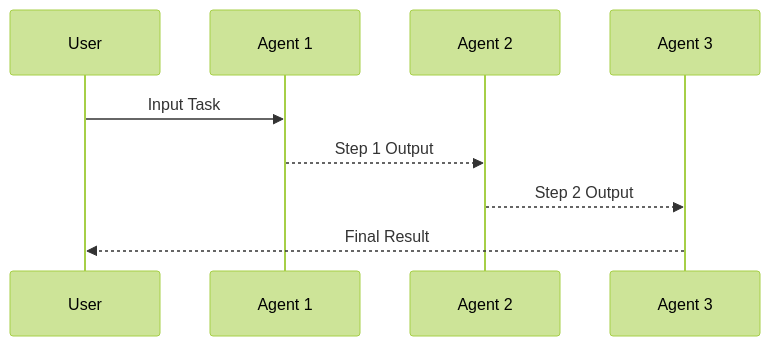
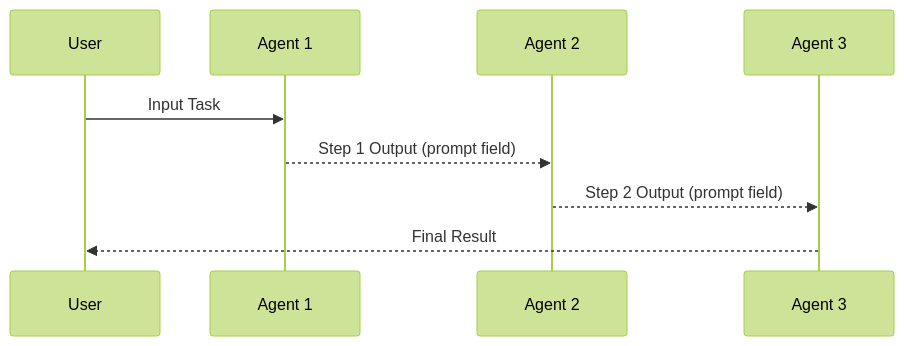
Before and after one commit to mule-ai/muleai.io: the second of 2 diagrams in content/docs/Advanced/multi-agent.md, drawn with Mermaid (forest theme). The commit also changed other lines of this file and 775 other files, not shown here.

````diff
--- a/content/docs/Advanced/multi-agent.md
+++ b/content/docs/Advanced/multi-agent.md
@@ -339,12 +291,12 @@
 ```mermaid
 sequenceDiagram
     participant User
     participant A1 as Agent 1
     participant A2 as Agent 2
     participant A3 as Agent 3
 
     User->>A1: Input Task
-    A1-->>A2: Step 1 Output
-    A2-->>A3: Step 2 Output
+    A1-->>A2: Step 1 Output (prompt field)
+    A2-->>A3: Step 2 Output (prompt field)
     A3-->>User: Final Result
 ```
````
